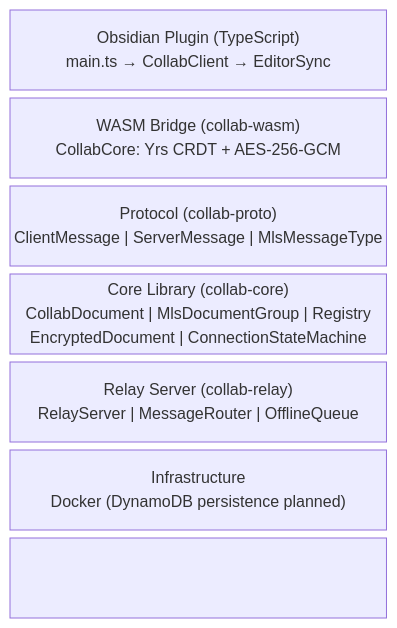
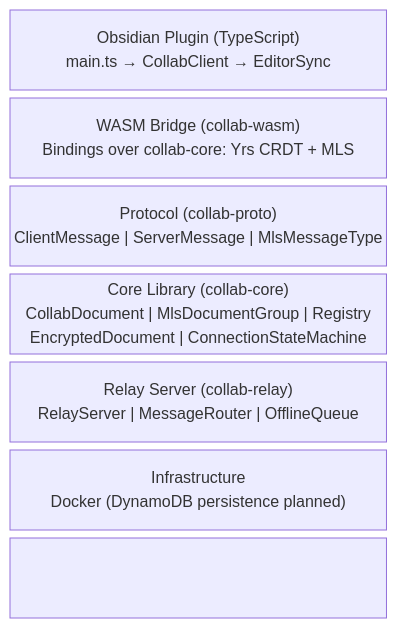
One commit to cajias/obsidian-ee changed the fourth of 7 diagrams in docs/architecture.md. Above: the diagram before and after it, drawn with Mermaid. The commit also changed other lines of this file and 25 other files, not shown here.

First line of the commit message:
feat(wasm): remove AES-256-GCM PSK path — MLS is the sole crypto (#28) (#68)

````diff
--- a/docs/architecture.md
+++ b/docs/architecture.md
@@ -74,13 +74,13 @@
 ```mermaid
 block-beta
     columns 1
     A["Obsidian Plugin (TypeScript)\nmain.ts → CollabClient → EditorSync"]
-    B["WASM Bridge (collab-wasm)\nCollabCore: Yrs CRDT + AES-256-GCM"]
+    B["WASM Bridge (collab-wasm)\nBindings over collab-core: Yrs CRDT + MLS"]
     C["Protocol (collab-proto)\nClientMessage | ServerMessage | MlsMessageType"]
     D["Core Library (collab-core)\nCollabDocument | MlsDocumentGroup | Registry\nEncryptedDocument | ConnectionStateMachine"]
     E["Relay Server (collab-relay)\nRelayServer | MessageRouter | OfflineQueue"]
     F["Infrastructure\nDocker (DynamoDB persistence planned)"]
 
     A --> B --> C --> D
     D --> E --> F
 ```
````
